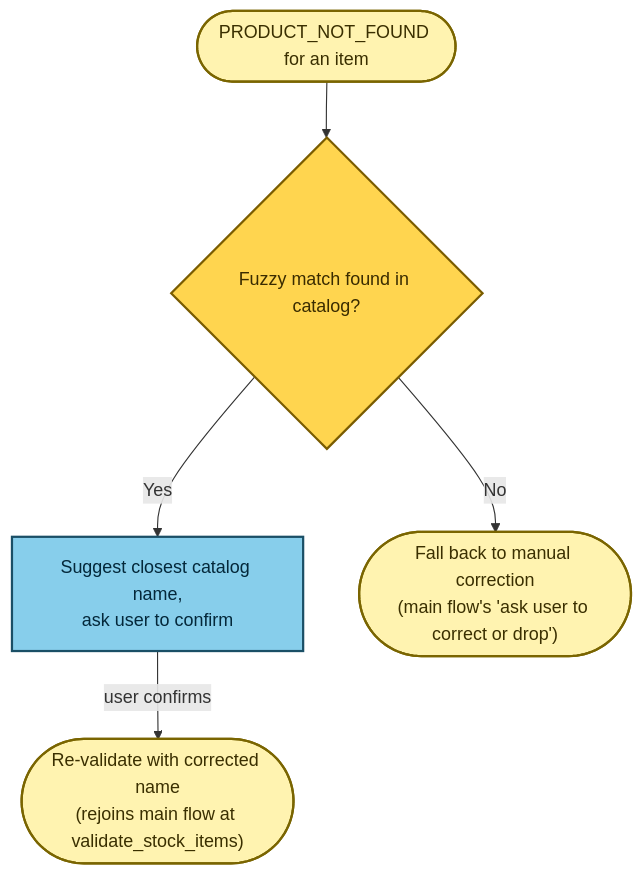
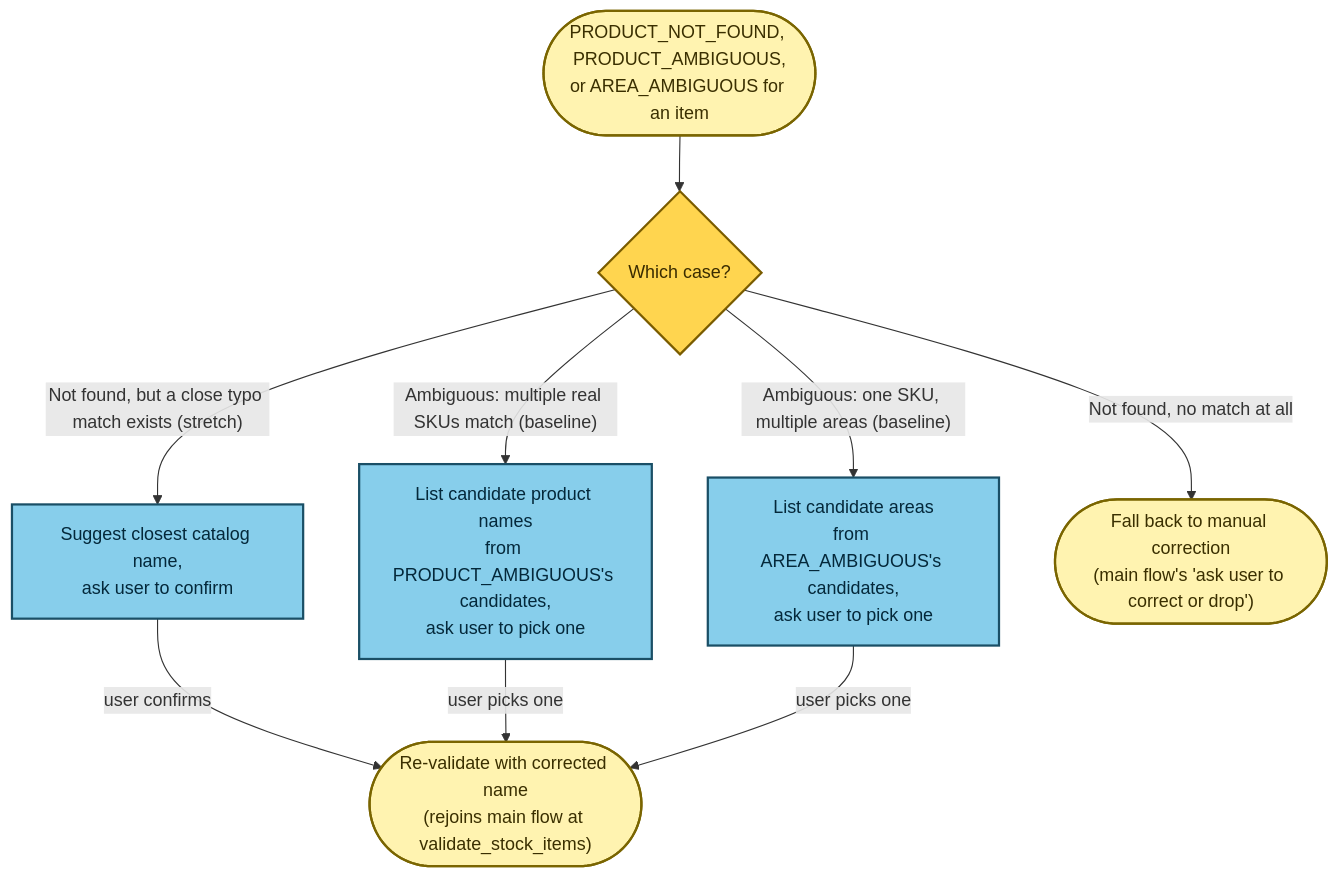
The third of 3 diagrams in phase-1/02_phase_1_flowchart.md (StrawHatCoderz/stock-bot-local), drawn with Mermaid before and after one commit. The commit also changed other lines of this file and 5 other files, not shown here.

````diff
--- a/phase-1/02_phase_1_flowchart.md
+++ b/phase-1/02_phase_1_flowchart.md
@@ -104,15 +122,19 @@
 ```mermaid
 flowchart TD
-    Entry(["PRODUCT_NOT_FOUND for an item"]) --> FuzzyCheck{"Fuzzy match found in catalog?"}
-    FuzzyCheck -->|"Yes"| Suggest["Suggest closest catalog name,<br/>ask user to confirm"]
+    Entry(["PRODUCT_NOT_FOUND, PRODUCT_AMBIGUOUS,<br/>or AREA_AMBIGUOUS for an item"]) --> Kind{"Which case?"}
+    Kind -->|"Not found, but a close typo match exists (stretch)"| Suggest["Suggest closest catalog name,<br/>ask user to confirm"]
     Suggest -->|"user confirms"| Revalidate(["Re-validate with corrected name<br/>(rejoins main flow at validate_stock_items)"])
-    FuzzyCheck -->|"No"| Fallback(["Fall back to manual correction<br/>(main flow's 'ask user to correct or drop')"])
+    Kind -->|"Ambiguous: multiple real SKUs match (baseline)"| Candidates["List candidate product names<br/>from PRODUCT_AMBIGUOUS's candidates,<br/>ask user to pick one"]
+    Candidates -->|"user picks one"| Revalidate
+    Kind -->|"Ambiguous: one SKU, multiple areas (baseline)"| AreaCandidates["List candidate areas<br/>from AREA_AMBIGUOUS's candidates,<br/>ask user to pick one"]
+    AreaCandidates -->|"user picks one"| Revalidate
+    Kind -->|"Not found, no match at all"| Fallback(["Fall back to manual correction<br/>(main flow's 'ask user to correct or drop')"])
 
     classDef uiLayer fill:#FFF3B0,stroke:#7a6500,stroke-width:2px,color:#3a2f00
     classDef agentLayer fill:#87CEEB,stroke:#1a4f66,stroke-width:2px,color:#04283a
     classDef decision fill:#FFD54F,stroke:#7a5c00,stroke-width:2px,color:#3a2c00
 
     class Entry,Revalidate,Fallback uiLayer
-    class Suggest agentLayer
-    class FuzzyCheck decision
+    class Suggest,Candidates,AreaCandidates agentLayer
+    class Kind decision
 ```
````
